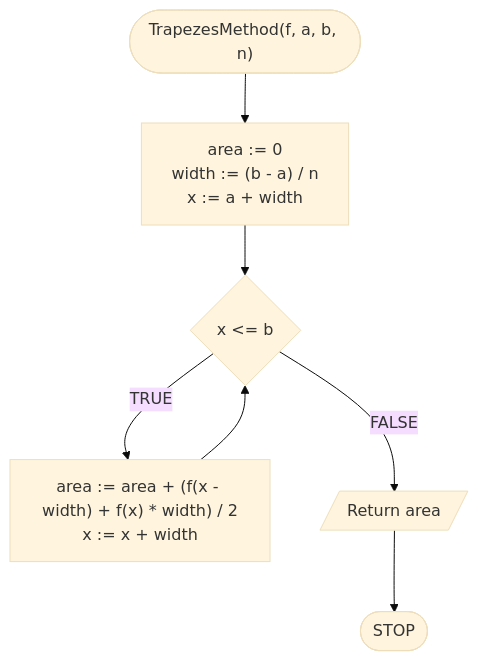
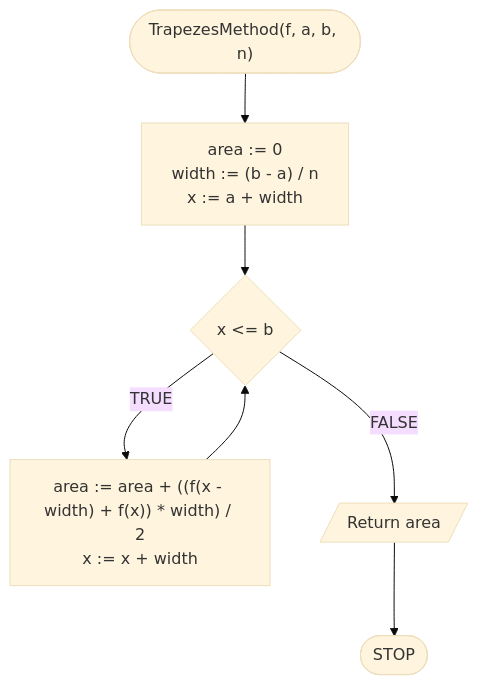
Before and after one commit to blackbat13/cs-htiew-en-gitbook: the second of 2 diagrams in algorithms/numerical-methods/numerical-integration.md, drawn with Mermaid (base theme). The commit also changed other lines of this file, not shown here.

````diff
--- a/algorithms/numerical-methods/numerical-integration.md
+++ b/algorithms/numerical-methods/numerical-integration.md
@@ -75,9 +75,9 @@
 ```mermaid
 flowchart TD
 	START(["TrapezesMethod(f, a, b, n)"]) --> K1["area := 0\nwidth := (b - a) / n\nx := a + width"]
 	K1 --> K4{x <= b}
-	K4 -- TRUE --> K5["area := area + (f(x - width) + f(x) * width) / 2\nx := x + width"]
+	K4 -- TRUE --> K5["area := area + ((f(x - width) + f(x)) * width) / 2\nx := x + width"]
 	K5 --> K4
 	K4 -- FALSE --> K8[/Return area/]
 	K8 --> STOP([STOP])
 ```
````
